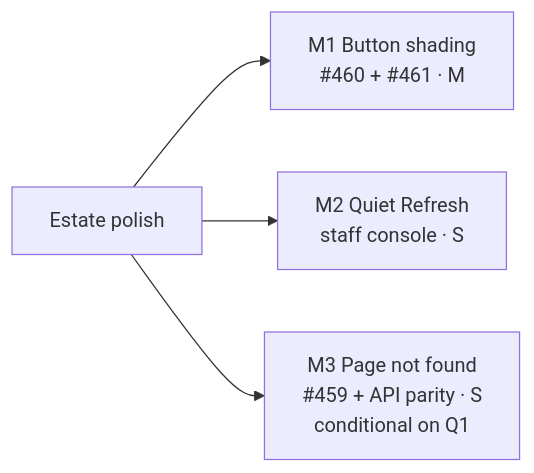
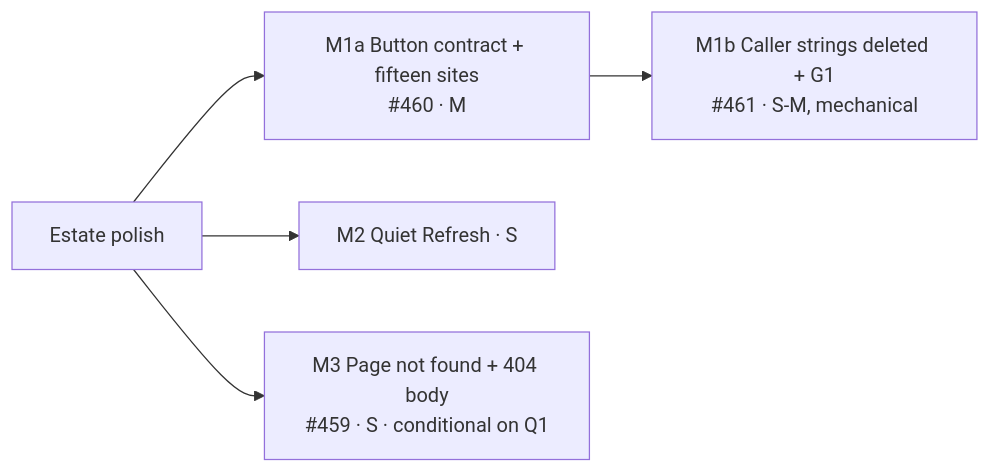
One commit to HuttonHomeHub/SchedulePoint_1 changed the diagram in docs/specs/estate-polish-oct/implementation-plan.md. Above: the diagram before and after it, drawn with Mermaid. The commit also changed other lines of this file and 1 other file, not shown here.

First line of the commit message:
docs(docs): fold the four reviews into the estate polish spec and plan

````diff
--- a/docs/specs/estate-polish-oct/implementation-plan.md
+++ b/docs/specs/estate-polish-oct/implementation-plan.md
@@ -9,6 +9,7 @@
 ```mermaid
 flowchart LR
-  E[Estate polish] --> M1[M1 Button shading<br/>#460 + #461 · M]
-  E --> M2[M2 Quiet Refresh<br/>staff console · S]
-  E --> M3[M3 Page not found<br/>#459 + API parity · S<br/>conditional on Q1]
+  E[Estate polish] --> M1a[M1a Button contract + fifteen sites<br/>#460 · M]
+  M1a --> M1b[M1b Caller strings deleted + G1<br/>#461 · S-M, mechanical]
+  E --> M2[M2 Quiet Refresh · S]
+  E --> M3[M3 Page not found + 404 body<br/>#459 · S · conditional on Q1]
 ```
````
